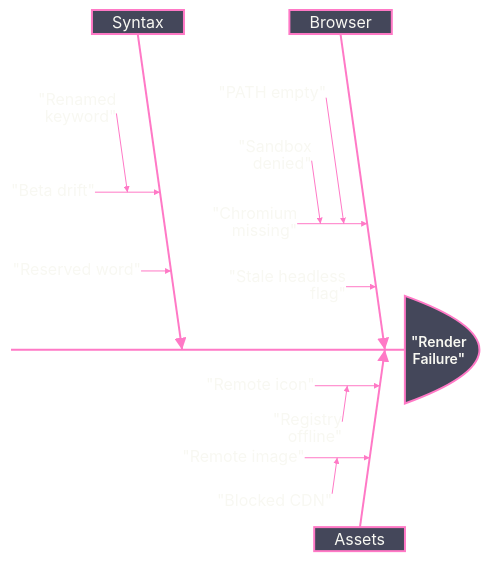
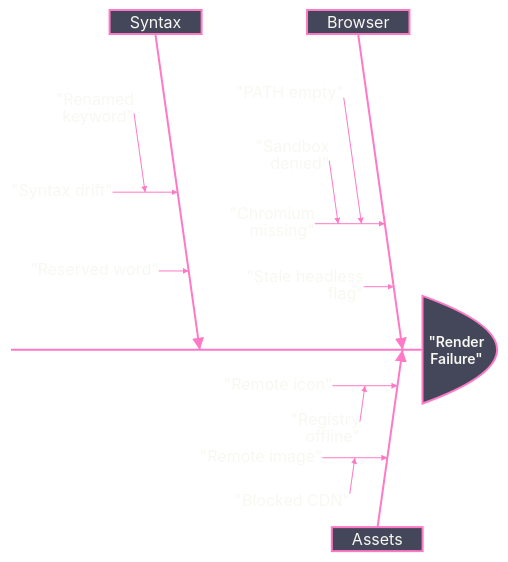
One commit to bsamiee/Rasm changed diagram 25 of 25 in .claude/skills/mermaid-diagramming/references/syntax-extended.md. Above: the diagram before and after it, drawn with Mermaid. The commit also changed other lines of this file and 11 other files, not shown here.

````diff
--- a/.claude/skills/mermaid-diagramming/references/syntax-extended.md
+++ b/.claude/skills/mermaid-diagramming/references/syntax-extended.md
@@ -1280,34 +1280,34 @@
 ```mermaid
 ---
 config:
   theme: base
   look: classic
   themeVariables:
     darkMode: true
     fontFamily: "SF Mono, Menlo, Cascadia Mono, Segoe UI Mono, Consolas, monospace"
     useGradient: false
     dropShadow: "none"
     textColor: "#F8F8F2"
     primaryColor: "#44475A"
     primaryTextColor: "#F8F8F2"
     primaryBorderColor: "#BD93F9"
     mainBkg: "#44475A"
     lineColor: "#FF79C6"
 ---
 ishikawa-beta
   "Render Failure"
     Browser
       "Chromium missing"
         "PATH empty"
         "Sandbox denied"
       "Stale headless flag"
     Assets
       "Remote icon"
         "Registry offline"
       "Remote image"
         "Blocked CDN"
     Syntax
-      "Beta drift"
+      "Syntax drift"
         "Renamed keyword"
       "Reserved word"
 ```
````
